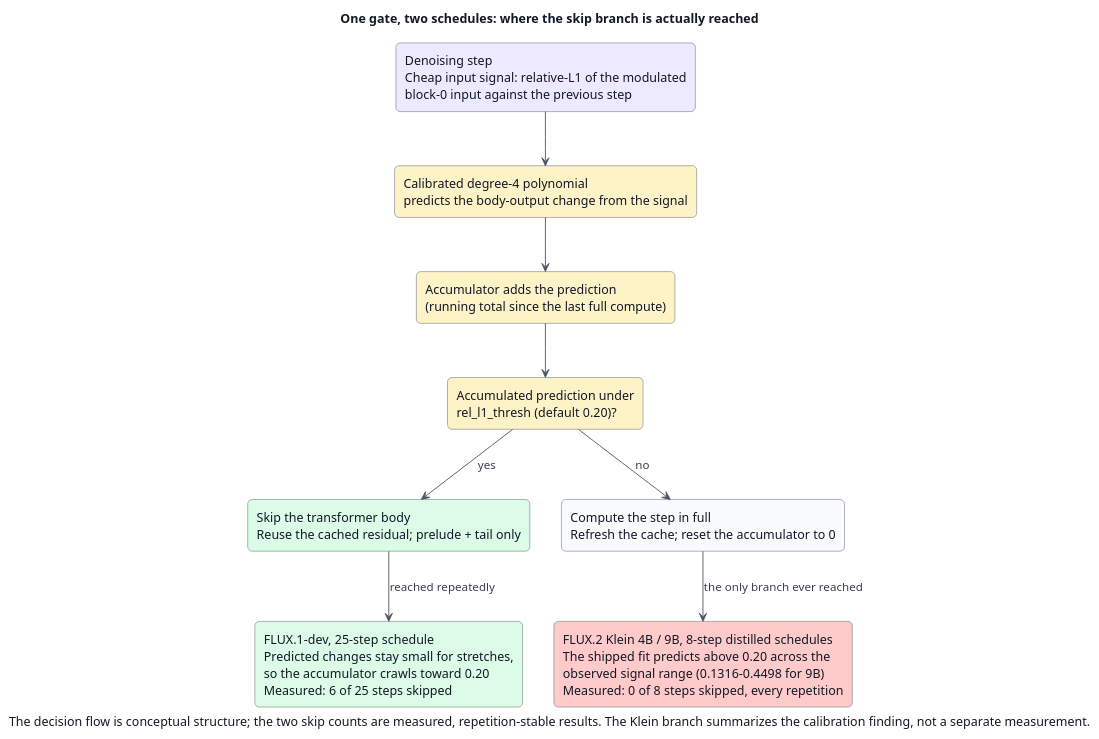
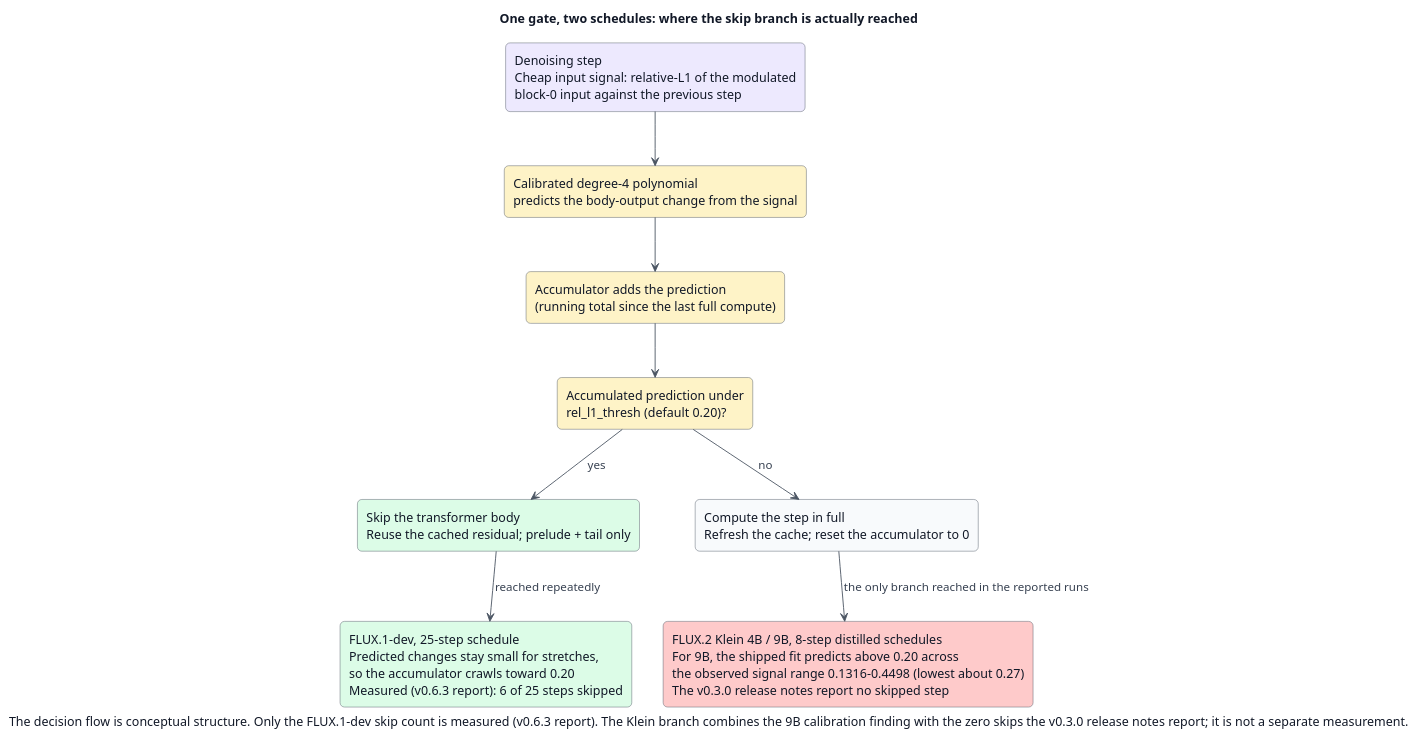
Before and after one commit to IonDen/mlx-teacache: the diagram in docs/papers/diagrams/gate-engagement-two-schedules.puml, drawn with PlantUML. The commit also changed 2 other files, not shown here.

```diff
--- a/docs/papers/diagrams/gate-engagement-two-schedules.puml
+++ b/docs/papers/diagrams/gate-engagement-two-schedules.puml
@@ -1,38 +1,38 @@
 @startuml
 title One gate, two schedules: where the skip branch is actually reached
 
 skinparam backgroundColor #FFFFFF
 skinparam shadowing false
 skinparam roundCorner 10
 skinparam defaultFontName Helvetica
 skinparam defaultFontColor #111827
 skinparam ArrowColor #4B5563
 skinparam ArrowFontColor #374151
 skinparam rectangle {
   BorderColor #4B5563
   FontColor #111827
   BackgroundColor #F8FAFC
 }
 
 rectangle "Denoising step\nCheap input signal: relative-L1 of the modulated\nblock-0 input against the previous step" as signal #EDE9FE
 
 rectangle "Calibrated degree-4 polynomial\npredicts the body-output change from the signal" as poly #FEF3C7
 rectangle "Accumulator adds the prediction\n(running total since the last full compute)" as acc #FEF3C7
 rectangle "Accumulated prediction under\nrel_l1_thresh (default 0.20)?" as gate #FEF3C7
 
 rectangle "Skip the transformer body\nReuse the cached residual; prelude + tail only" as skip #DCFCE7
 rectangle "Compute the step in full\nRefresh the cache; reset the accumulator to 0" as compute #F8FAFC
 
-rectangle "FLUX.1-dev, 25-step schedule\nPredicted changes stay small for stretches,\nso the accumulator crawls toward 0.20\nMeasured: 6 of 25 steps skipped" as dev #DCFCE7
-rectangle "FLUX.2 Klein 4B / 9B, 8-step distilled schedules\nThe shipped fit predicts above 0.20 across the\nobserved signal range (0.1316-0.4498 for 9B)\nMeasured: 0 of 8 steps skipped, every repetition" as klein #FECACA
+rectangle "FLUX.1-dev, 25-step schedule\nPredicted changes stay small for stretches,\nso the accumulator crawls toward 0.20\nMeasured (v0.6.3 report): 6 of 25 steps skipped" as dev #DCFCE7
+rectangle "FLUX.2 Klein 4B / 9B, 8-step distilled schedules\nFor 9B, the shipped fit predicts above 0.20 across\nthe observed signal range 0.1316-0.4498 (lowest about 0.27)\nThe v0.3.0 release notes report no skipped step" as klein #FECACA
 
 signal -down-> poly
 poly -down-> acc
 acc -down-> gate
 gate -down-> skip : yes
 gate -down-> compute : no
 skip -down-> dev : reached repeatedly
-compute -down-> klein : the only branch ever reached
+compute -down-> klein : the only branch reached in the reported runs
 
-caption The decision flow is conceptual structure; the two skip counts are measured, repetition-stable results. The Klein branch summarizes the calibration finding, not a separate measurement.
+caption The decision flow is conceptual structure. Only the FLUX.1-dev skip count is measured (v0.6.3 report). The Klein branch combines the 9B calibration finding with the zero skips the v0.3.0 release notes report; it is not a separate measurement.
 @enduml
```
